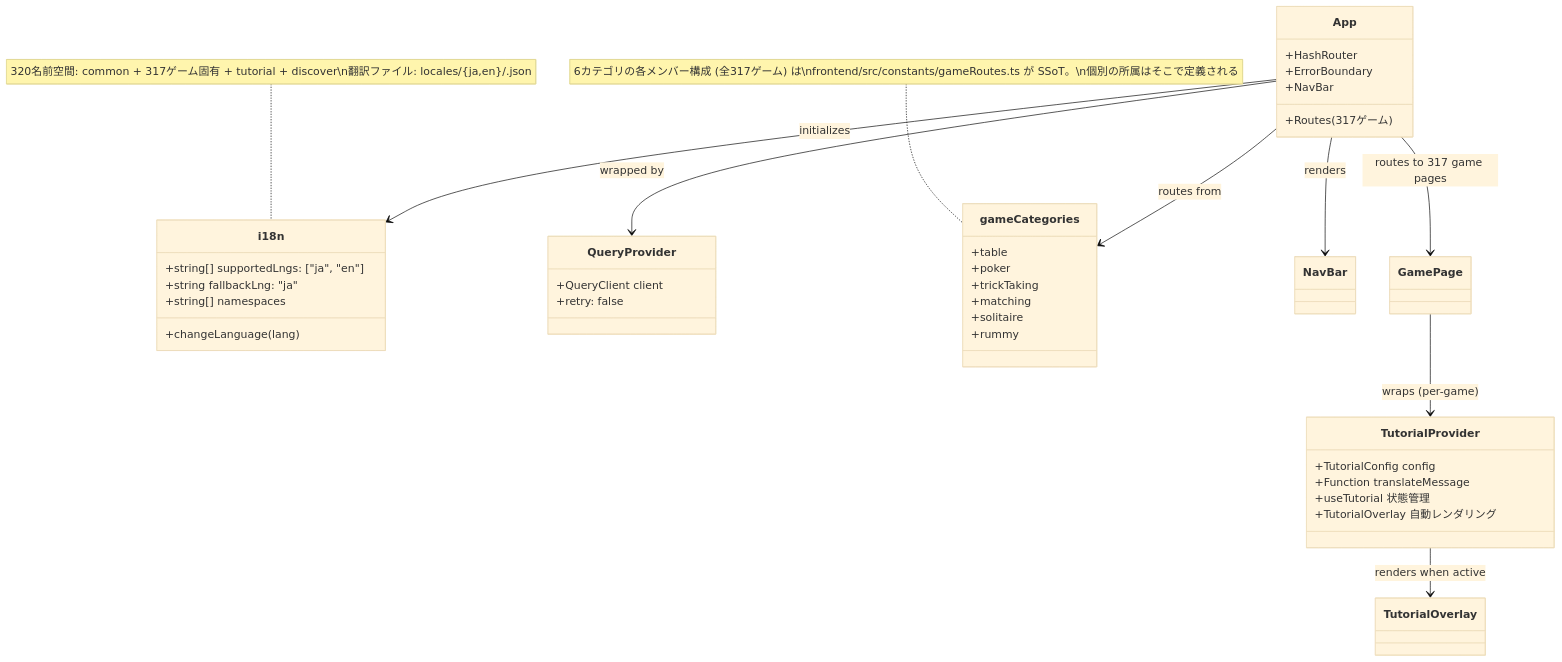
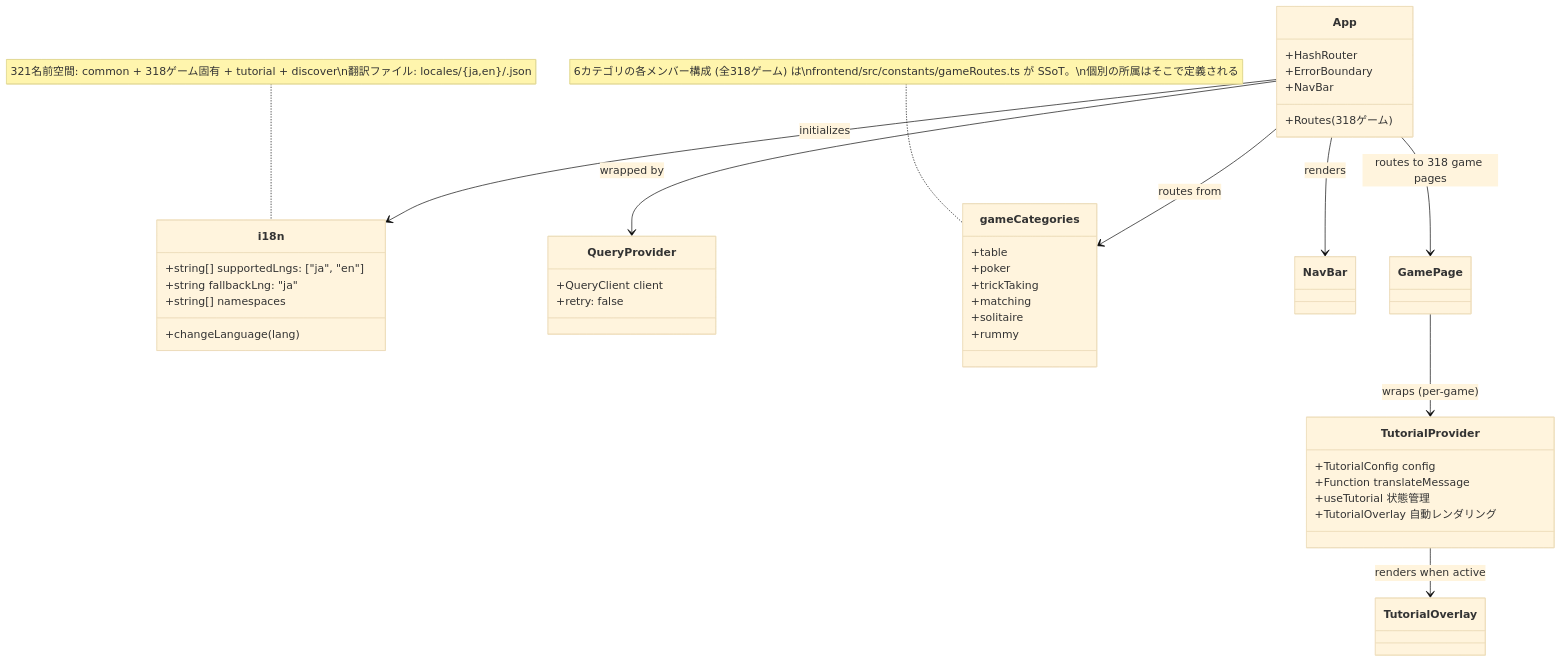
The ninth of 49 diagrams in docs/design/frontend.md (yuta-yoshinaga/go_trumpcards), drawn with Mermaid (base theme) before and after one commit. The commit also changed other lines of this file and 62 other files, not shown here.

````diff
--- a/docs/design/frontend.md
+++ b/docs/design/frontend.md
@@ -1869,48 +1869,48 @@
 ```mermaid
 classDiagram
     class i18n {
         +string[] supportedLngs: ["ja", "en"]
         +string fallbackLng: "ja"
         +string[] namespaces
         +changeLanguage(lang)
     }
 
     class QueryProvider {
         +QueryClient client
         +retry: false
     }
 
     class App {
         +HashRouter
         +ErrorBoundary
         +NavBar
-        +Routes (317ゲーム)
+        +Routes (318ゲーム)
     }
 
     class gameCategories {
         +table
         +poker
         +trickTaking
         +matching
         +solitaire
         +rummy
     }
-    note for gameCategories "6カテゴリの各メンバー構成 (全317ゲーム) は\nfrontend/src/constants/gameRoutes.ts が SSoT。\n個別の所属はそこで定義される"
+    note for gameCategories "6カテゴリの各メンバー構成 (全318ゲーム) は\nfrontend/src/constants/gameRoutes.ts が SSoT。\n個別の所属はそこで定義される"
 
     class TutorialProvider {
         +TutorialConfig config
         +Function translateMessage
         +useTutorial 状態管理
         +TutorialOverlay 自動レンダリング
     }
 
     App --> QueryProvider : wrapped by
     App --> i18n : initializes
     App --> gameCategories : routes from
     App --> NavBar : renders
-    App --> GamePage : routes to 317 game pages
+    App --> GamePage : routes to 318 game pages
     GamePage --> TutorialProvider : wraps (per-game)
     TutorialProvider --> TutorialOverlay : renders when active
 
-    note for i18n "320名前空間: common + 317ゲーム固有 + tutorial + discover\n翻訳ファイル: locales/{ja,en}/<game>.json"
+    note for i18n "321名前空間: common + 318ゲーム固有 + tutorial + discover\n翻訳ファイル: locales/{ja,en}/<game>.json"
 ```
````
